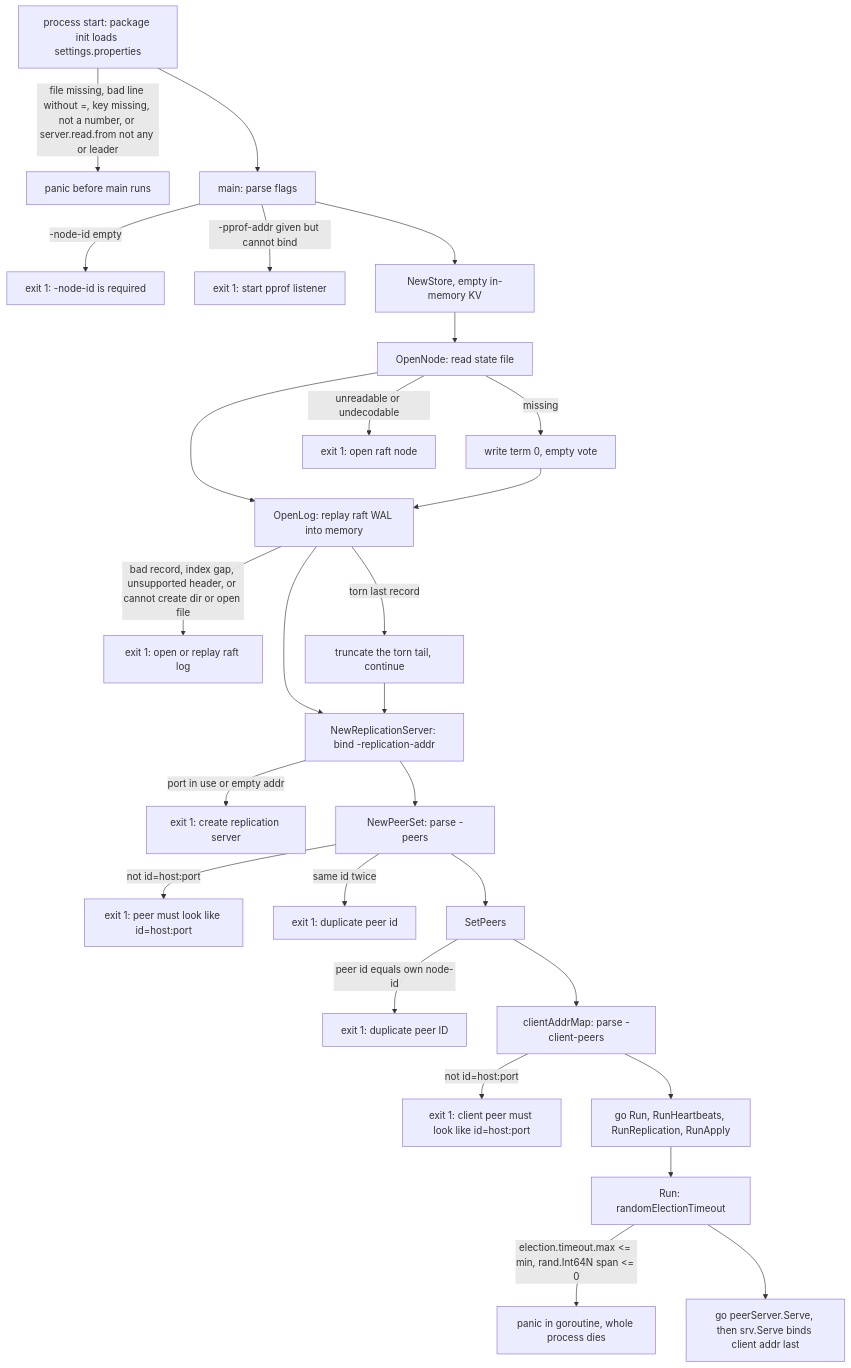
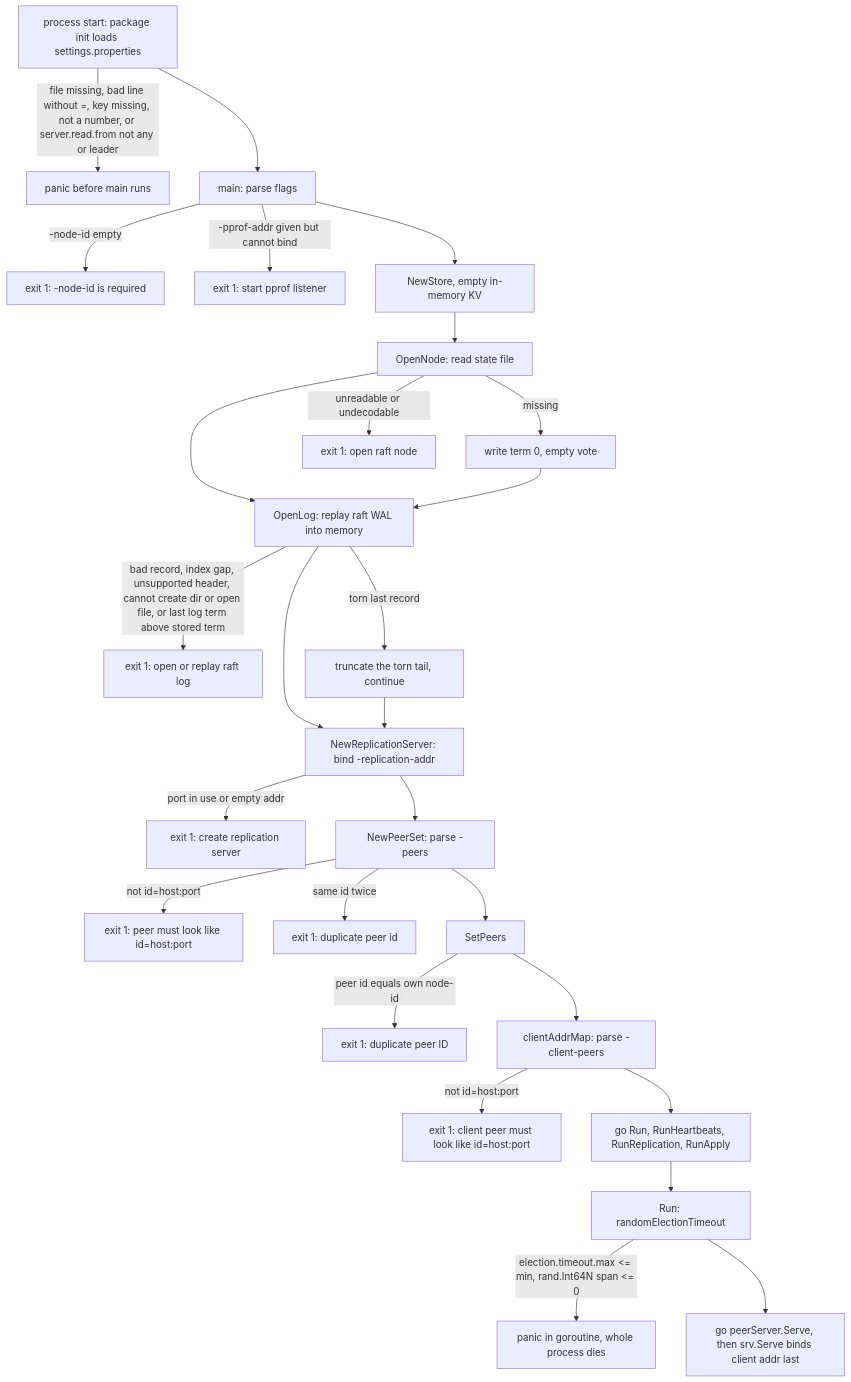
One commit to Tarun-Elango/hobbyDB changed the second of 8 diagrams in flow/4. cluster-startup-cases.md. Above: the diagram before and after it, drawn with Mermaid. The commit also changed other lines of this file and 26 other files, not shown here.

First line of the commit message:
fix raft, wal and client bugs found in flow review

````diff
--- a/flow/4. cluster-startup-cases.md
+++ b/flow/4. cluster-startup-cases.md
@@ -41,29 +41,29 @@
 ```mermaid
 flowchart TD
     P0["process start: package init loads settings.properties"] -->|"file missing, bad line without =, key missing, not a number, or server.read.from not any or leader"| X0["panic before main runs"]
     P0 --> M["main: parse flags"]
     M -->|"-node-id empty"| E1["exit 1: -node-id is required"]
     M -->|"-pprof-addr given but cannot bind"| E0["exit 1: start pprof listener"]
     M --> S1["NewStore, empty in-memory KV"]
     S1 --> S2["OpenNode: read state file"]
     S2 -->|"missing"| S2a["write term 0, empty vote"]
     S2 -->|"unreadable or undecodable"| E2["exit 1: open raft node"]
     S2 --> S3["OpenLog: replay raft WAL into memory"]
     S2a --> S3
-    S3 -->|"bad record, index gap, unsupported header, or cannot create dir or open file"| E3["exit 1: open or replay raft log"]
+    S3 -->|"bad record, index gap, unsupported header, cannot create dir or open file, or last log term above stored term"| E3["exit 1: open or replay raft log"]
     S3 -->|"torn last record"| S3a["truncate the torn tail, continue"]
     S3 --> S4["NewReplicationServer: bind -replication-addr"]
     S3a --> S4
     S4 -->|"port in use or empty addr"| E4["exit 1: create replication server"]
     S4 --> S5["NewPeerSet: parse -peers"]
     S5 -->|"not id=host:port"| E5["exit 1: peer must look like id=host:port"]
     S5 -->|"same id twice"| E6["exit 1: duplicate peer id"]
     S5 --> S6["SetPeers"]
     S6 -->|"peer id equals own node-id"| E7["exit 1: duplicate peer ID"]
     S6 --> S7["clientAddrMap: parse -client-peers"]
     S7 -->|"not id=host:port"| E8["exit 1: client peer must look like id=host:port"]
     S7 --> G["go Run, RunHeartbeats, RunReplication, RunApply"]
     G --> R0["Run: randomElectionTimeout"]
     R0 -->|"election.timeout.max <= min, rand.Int64N span <= 0"| X1["panic in goroutine, whole process dies"]
     R0 --> OK["go peerServer.Serve, then srv.Serve binds client addr last"]
 ```
````
